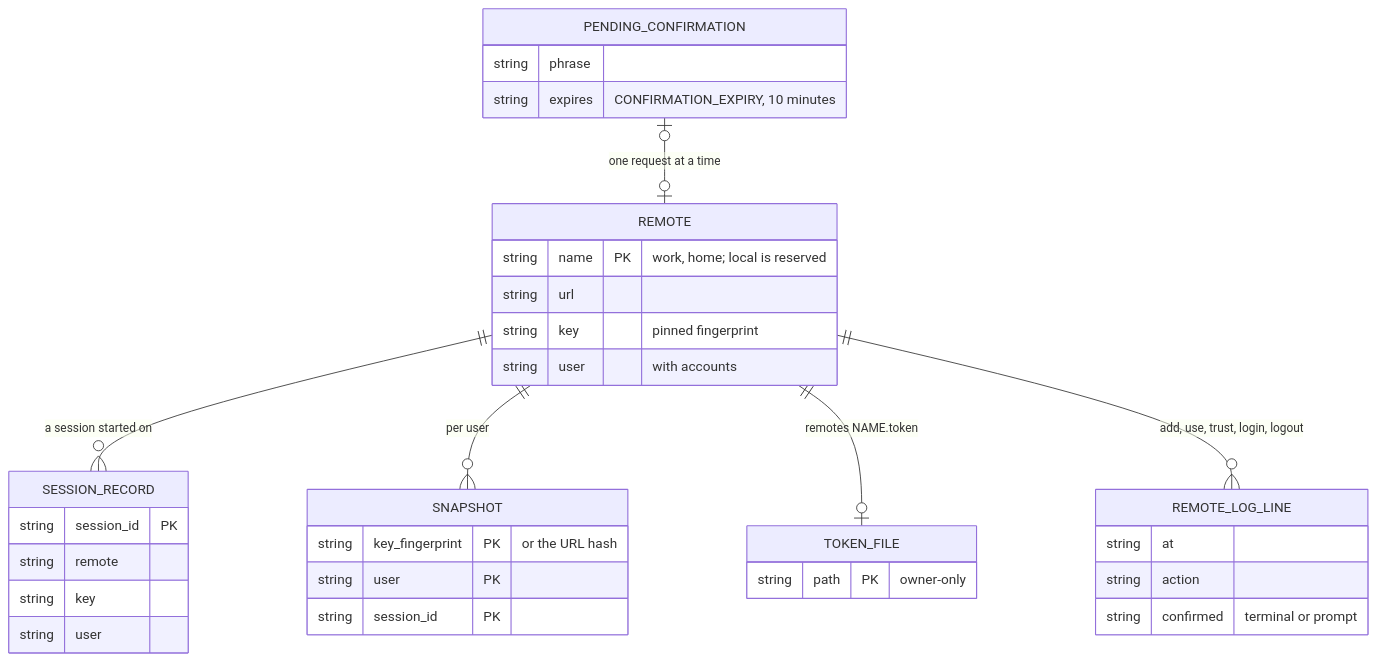
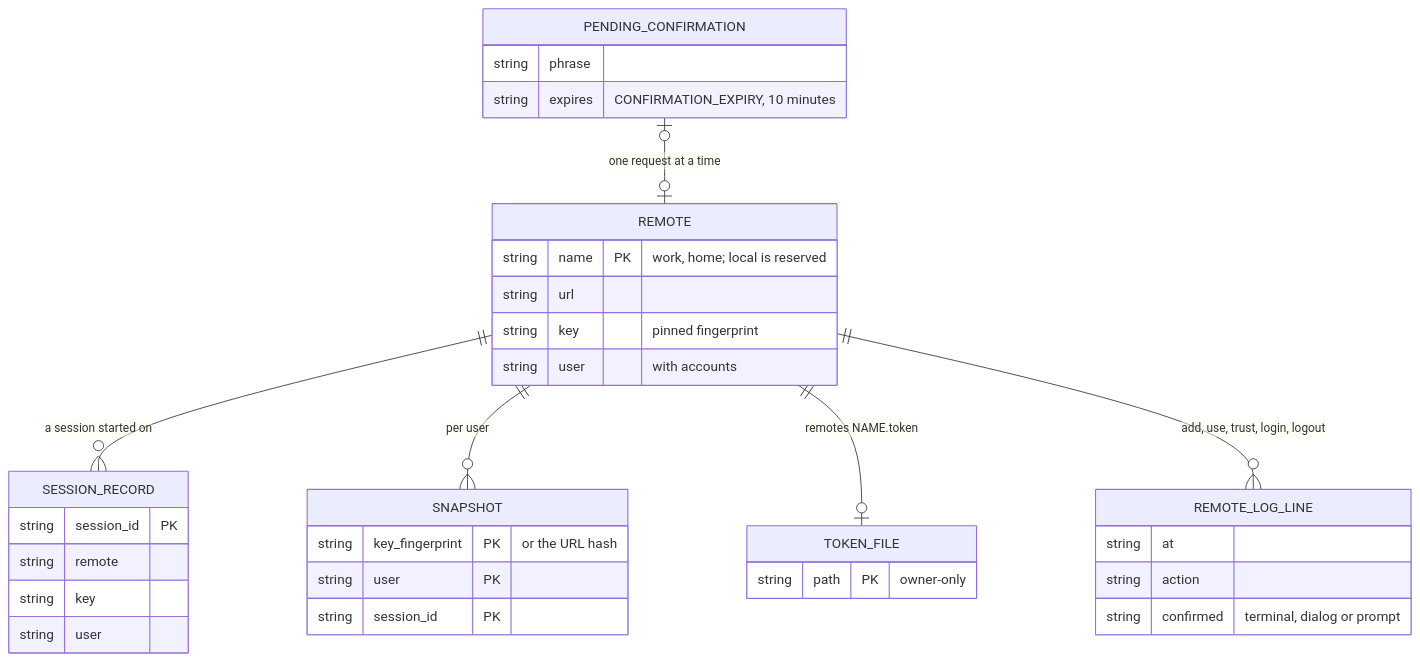
The third of 5 diagrams in design/02-data-model.md (l7aromeo/user-memory), drawn with Mermaid before and after one commit. The commit also changed other lines of this file and 13 other files, not shown here.

````diff
--- a/design/02-data-model.md
+++ b/design/02-data-model.md
@@ -314,38 +315,38 @@
 ```mermaid
 erDiagram
     REMOTE ||--o{ SESSION_RECORD : "a session started on"
     REMOTE ||--o{ SNAPSHOT : "per user"
     REMOTE ||--o| TOKEN_FILE : "remotes NAME.token"
     REMOTE ||--o{ REMOTE_LOG_LINE : "add, use, trust, login, logout"
     PENDING_CONFIRMATION |o--o| REMOTE : "one request at a time"
 
     REMOTE {
         string name PK "work, home; local is reserved"
         string url
         string key "pinned fingerprint"
         string user "with accounts"
     }
     SESSION_RECORD {
         string session_id PK
         string remote
         string key
         string user
     }
     SNAPSHOT {
         string key_fingerprint PK "or the URL hash"
         string user PK
         string session_id PK
     }
     TOKEN_FILE {
         string path PK "owner-only"
     }
     REMOTE_LOG_LINE {
         string at
         string action
-        string confirmed "terminal or prompt"
+        string confirmed "terminal, dialog or prompt"
     }
     PENDING_CONFIRMATION {
         string phrase
         string expires "CONFIRMATION_EXPIRY, 10 minutes"
     }
 ```
````
